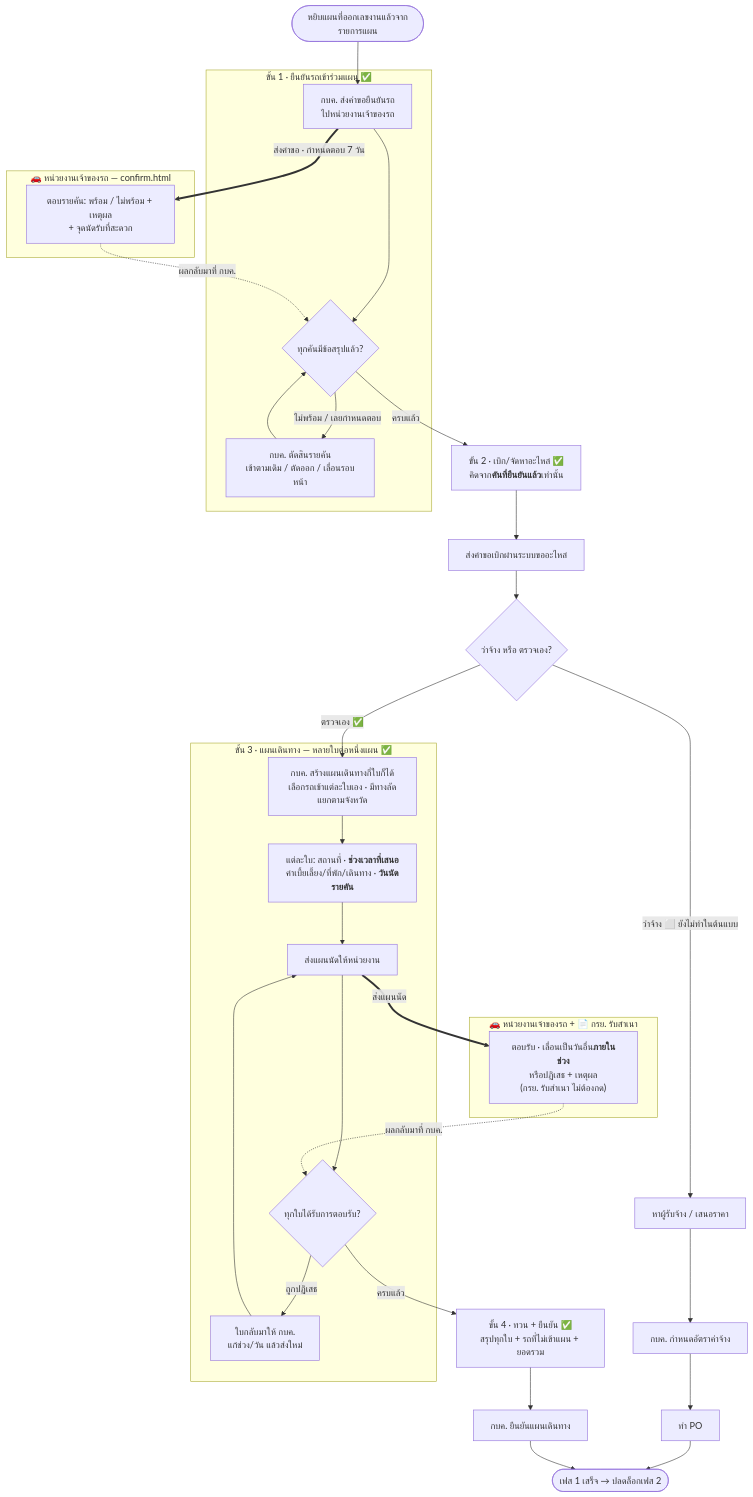
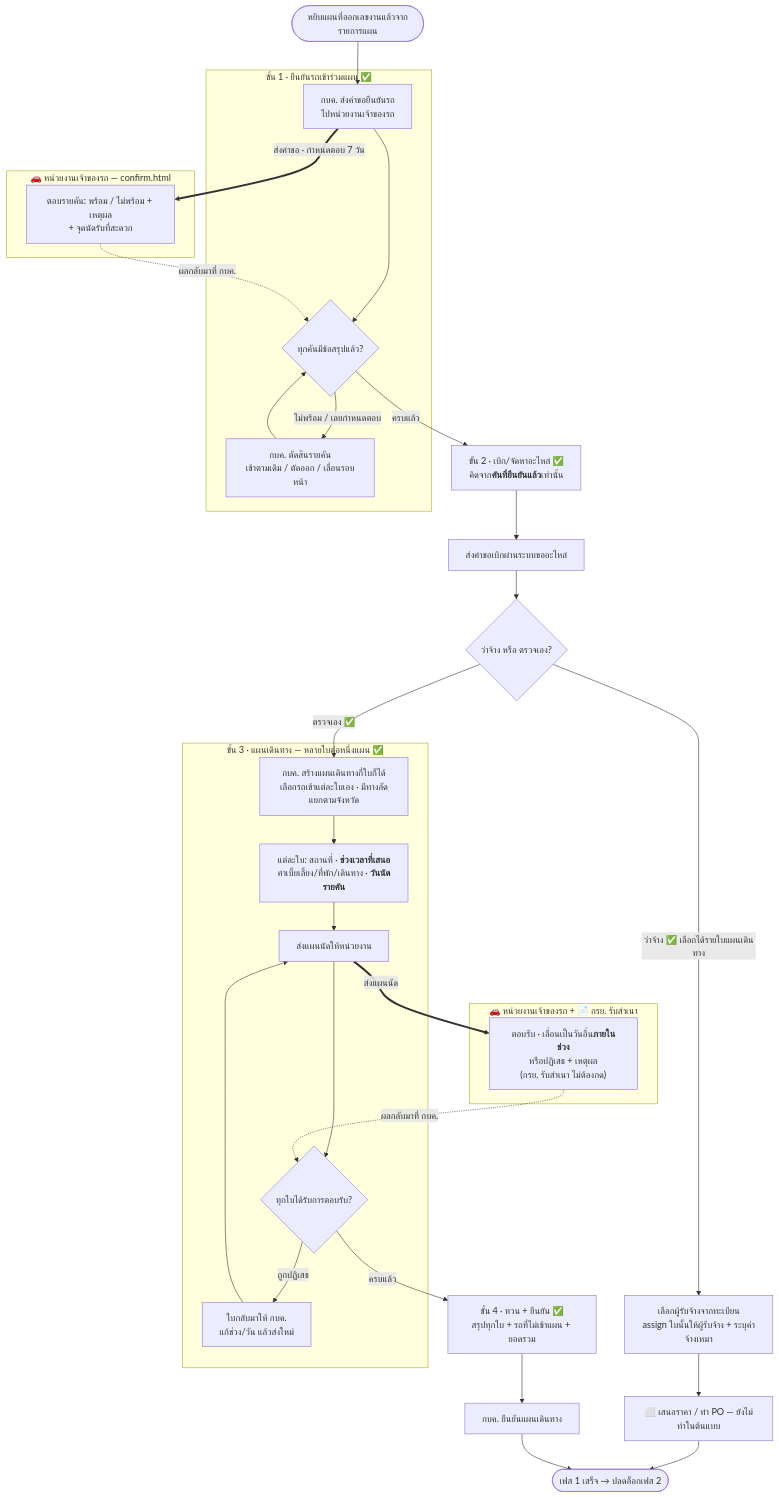
One commit to anugmail/Maintenance-Request-Form changed the diagram in Diagram/01-บำรุงรักษาตามวาระ/02-เฟส1-ยืนยันรถ-เบิกจัดหา-แผนเดินทาง.md. Above: the diagram before and after it, drawn with Mermaid. The commit also changed other lines of this file and 5 other files, not shown here.

First line of the commit message:
feat(บำรุงรักษา): จ้างผู้รับจ้างได้รายใบแผนเดินทาง + แก้ป้ายรอบทบทวนที่เขียนผิด

````diff
--- a/Diagram/01-บำรุงรักษาตามวาระ/02-เฟส1-ยืนยันรถ-เบิกจัดหา-แผนเดินทาง.md
+++ b/Diagram/01-บำรุงรักษาตามวาระ/02-เฟส1-ยืนยันรถ-เบิกจัดหา-แผนเดินทาง.md
@@ -22,44 +22,44 @@
 ```mermaid
 flowchart TB
     S(["หยิบแผนที่ออกเลขงานแล้วจากรายการแผน"]) --> V1[กบค. ส่งคำขอยืนยันรถ<br/>ไปหน่วยงานเจ้าของรถ]
 
     subgraph CONF["ขั้น 1 · ยืนยันรถเข้าร่วมแผน ✅"]
         V1 --> V2{ทุกคันมีข้อสรุปแล้ว?}
         V2 -->|"ไม่พร้อม / เลยกำหนดตอบ"| V3["กบค. ตัดสินรายคัน<br/>เข้าตามเดิม / ตัดออก / เลื่อนรอบหน้า"]
         V3 --> V2
     end
 
     subgraph SRC1["🚗 หน่วยงานเจ้าของรถ — confirm.html"]
         R1["ตอบรายคัน: พร้อม / ไม่พร้อม + เหตุผล<br/>+ จุดนัดรับที่สะดวก"]
     end
 
     V1 ==>|"ส่งคำขอ · กำหนดตอบ 7 วัน"| R1
     R1 -.->|"ผลกลับมาที่ กบค."| V2
 
     V2 -->|ครบแล้ว| P1[ขั้น 2 · เบิก/จัดหาอะไหล่ ✅<br/>คิดจาก<b>คันที่ยืนยันแล้ว</b>เท่านั้น]
     P1 --> P2[ส่งคำขอเบิกผ่านระบบขออะไหล่]
 
     P2 --> D{ว่าจ้าง หรือ ตรวจเอง?}
-    D -->|"ว่าจ้าง ⬜ ยังไม่ทำในต้นแบบ"| A1[หาผู้รับจ้าง / เสนอราคา] --> A2[กบค. กำหนดอัตราค่าจ้าง] --> A3[ทำ PO] --> E
+    D -->|"ว่าจ้าง ✅ เลือกได้รายใบแผนเดินทาง"| A1["เลือกผู้รับจ้างจากทะเบียน<br/>assign ใบนั้นให้ผู้รับจ้าง + ระบุค่าจ้างเหมา"] --> A3["⬜ เสนอราคา / ทำ PO — ยังไม่ทำในต้นแบบ"] --> E
 
     D -->|"ตรวจเอง ✅"| T1
 
     subgraph TRIP["ขั้น 3 · แผนเดินทาง — หลายใบต่อหนึ่งแผน ✅"]
         T1[กบค. สร้างแผนเดินทางกี่ใบก็ได้<br/>เลือกรถเข้าแต่ละใบเอง · มีทางลัดแยกตามจังหวัด]
         T1 --> T2[แต่ละใบ: สถานที่ · <b>ช่วงเวลาที่เสนอ</b><br/>ค่าเบี้ยเลี้ยง/ที่พัก/เดินทาง · <b>วันนัดรายคัน</b>]
         T2 --> T3[ส่งแผนนัดให้หน่วยงาน]
         T3 --> T4{ทุกใบได้รับการตอบรับ?}
         T4 -->|"ถูกปฏิเสธ"| T5[ใบกลับมาให้ กบค.<br/>แก้ช่วง/วัน แล้วส่งใหม่] --> T3
     end
 
     subgraph SRC2["🚗 หน่วยงานเจ้าของรถ + 📄 กรย. รับสำเนา"]
         R2["ตอบรับ · เลื่อนเป็นวันอื่น<b>ภายในช่วง</b><br/>หรือปฏิเสธ + เหตุผล<br/>(กรย. รับสำเนา ไม่ต้องกด)"]
     end
 
     T3 ==>|"ส่งแผนนัด"| R2
     R2 -.->|"ผลกลับมาที่ กบค."| T4
 
     T4 -->|ครบแล้ว| C1[ขั้น 4 · ทวน + ยืนยัน ✅<br/>สรุปทุกใบ + รถที่ไม่เข้าแผน + ยอดรวม]
     C1 --> C2[กบค. ยืนยันแผนเดินทาง]
     C2 --> E([เฟส 1 เสร็จ → ปลดล็อกเฟส 2])
 ```
````
